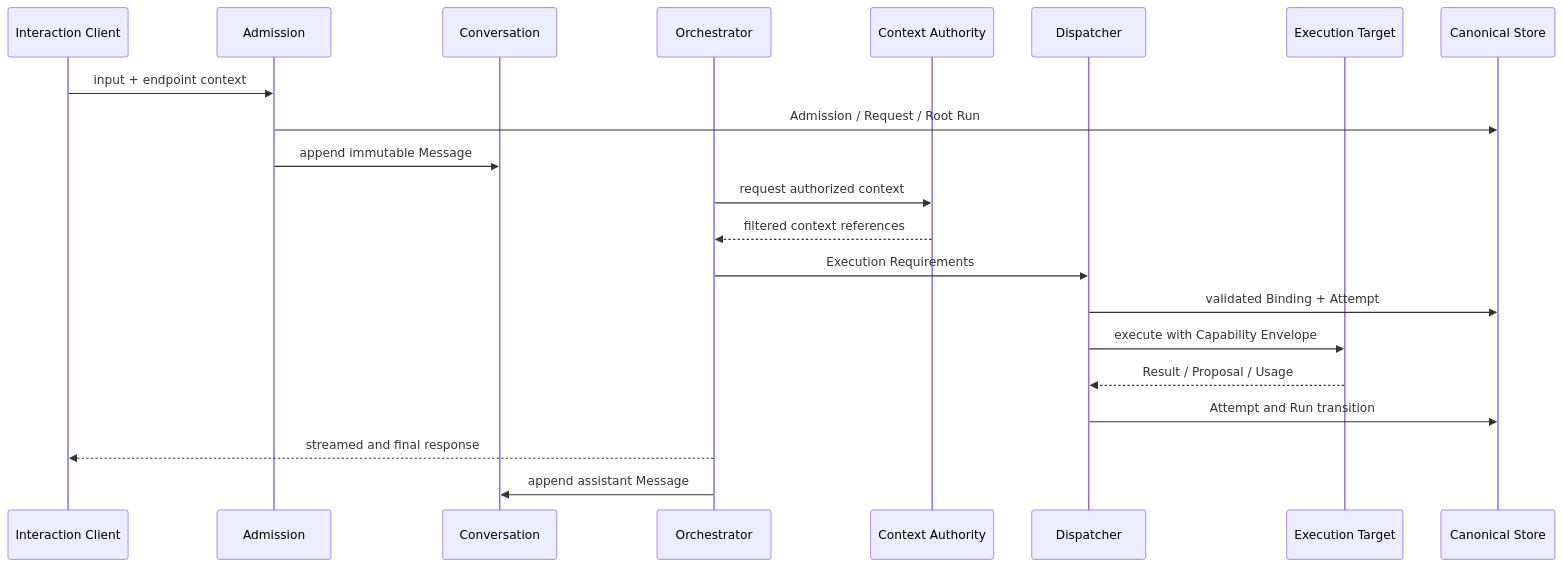
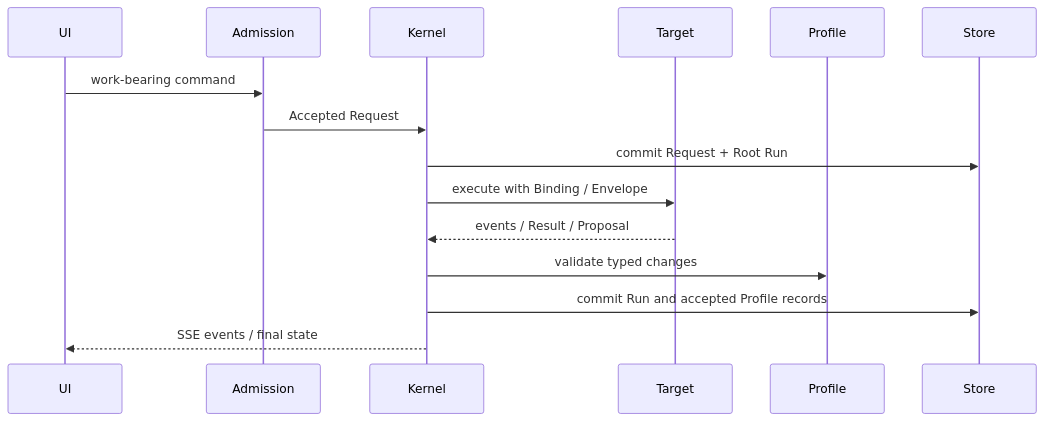
The third of 6 diagrams in docs/technical-architecture.md (wzw57/OpenShadow), drawn with Mermaid before and after one commit. The commit also changed other lines of this file, not shown here.

Commit message:
docs: align docs/technical-architecture.md with tiny kernel profiles

```diff
--- a/docs/technical-architecture.md
+++ b/docs/technical-architecture.md
@@ -435,24 +511,18 @@
 ~~~mermaid
 sequenceDiagram
-    participant UI as Interaction Client
-    participant A as Admission
-    participant C as Conversation
-    participant O as Orchestrator
-    participant X as Context Authority
-    participant D as Dispatcher
-    participant T as Execution Target
-    participant S as Canonical Store
+    participant UI
+    participant Admission
+    participant Kernel
+    participant Target
+    participant Profile
+    participant Store
 
-    UI->>A: input + endpoint context
-    A->>S: Admission / Request / Root Run
-    A->>C: append immutable Message
-    O->>X: request authorized context
-    X-->>O: filtered context references
-    O->>D: Execution Requirements
-    D->>S: validated Binding + Attempt
-    D->>T: execute with Capability Envelope
-    T-->>D: Result / Proposal / Usage
-    D->>S: Attempt and Run transition
-    O-->>UI: streamed and final response
-    O->>C: append assistant Message
+    UI->>Admission: work-bearing command
+    Admission->>Kernel: Accepted Request
+    Kernel->>Store: commit Request + Root Run
+    Kernel->>Target: execute with Binding / Envelope
+    Target-->>Kernel: events / Result / Proposal
+    Kernel->>Profile: validate typed changes
+    Kernel->>Store: commit Run and accepted Profile records
+    Kernel-->>UI: SSE events / final state
 ~~~
```
